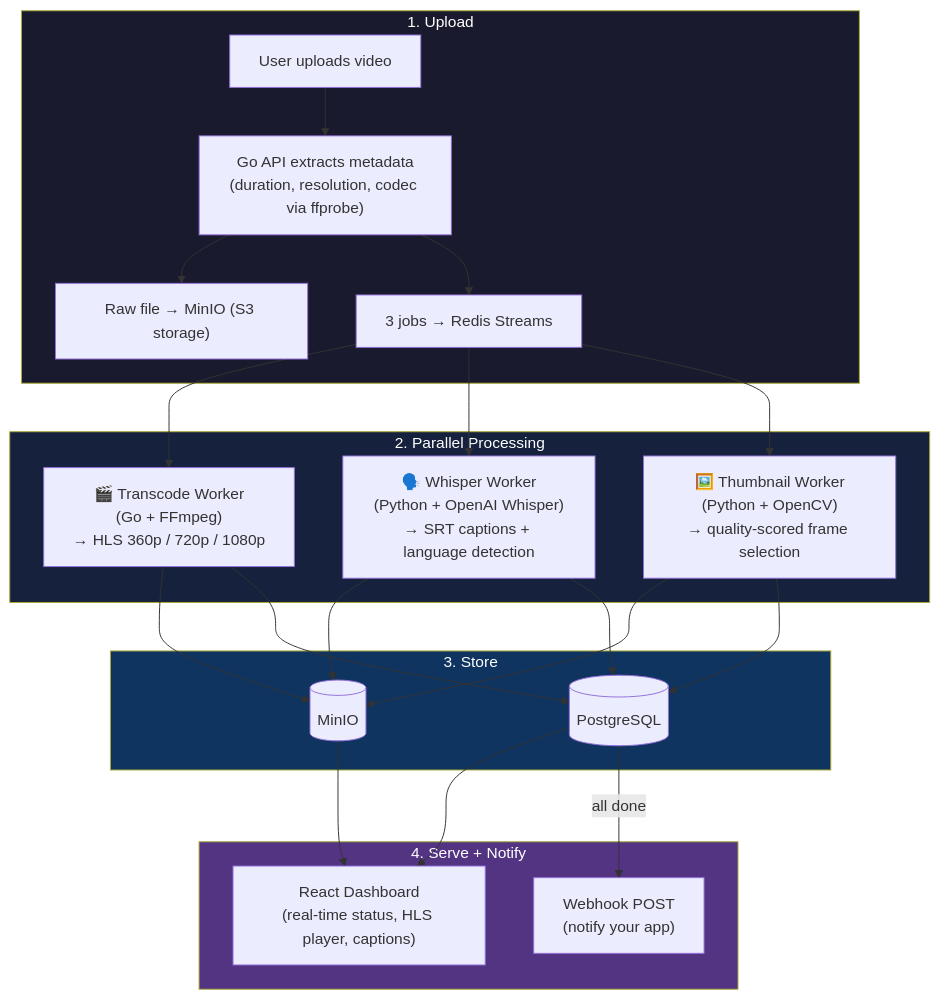
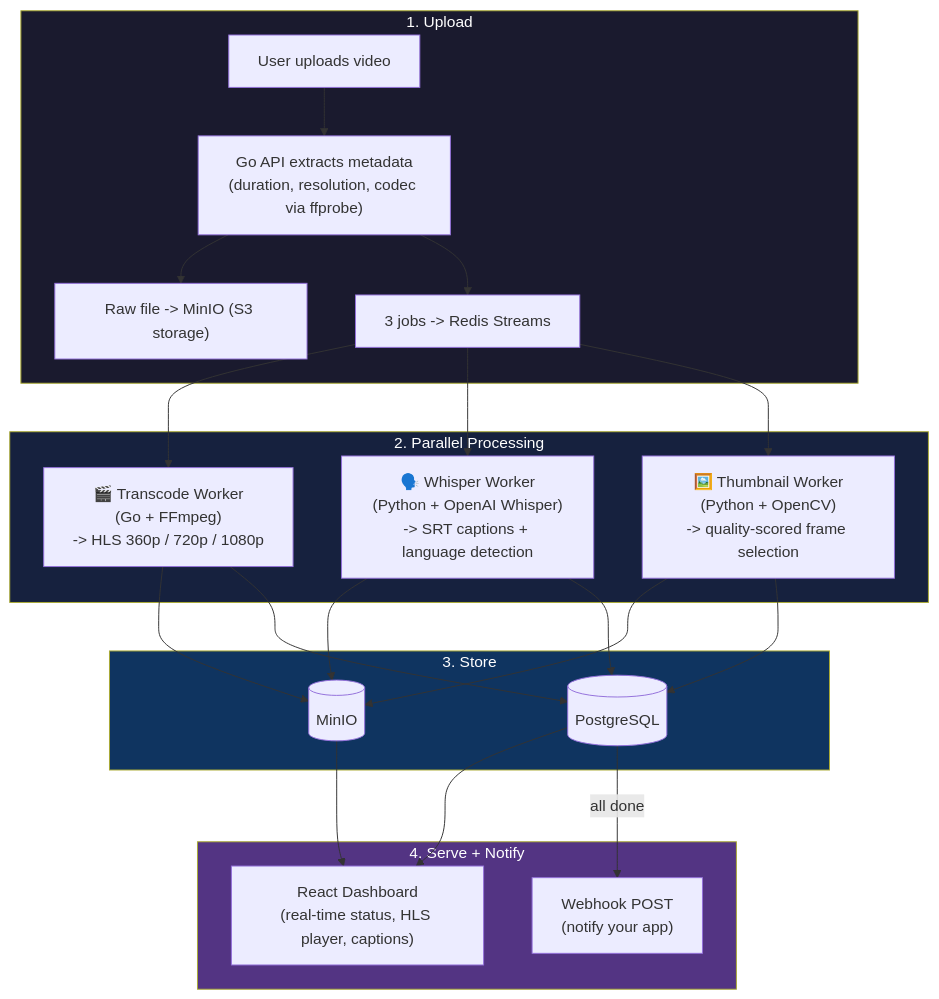
The first of 2 diagrams in README.md (Nixxx19/vidpipe), drawn with Mermaid before and after one commit. The commit also changed other lines of this file, not shown here.

````diff
--- a/README.md
+++ b/README.md
@@ -21,34 +21,34 @@
 ```mermaid
 flowchart TB
     subgraph upload["1. Upload"]
         A["User uploads video"] --> B["Go API extracts metadata<br/>(duration, resolution, codec via ffprobe)"]
-        B --> C["Raw file → MinIO (S3 storage)"]
-        B --> D["3 jobs → Redis Streams"]
+        B --> C["Raw file -> MinIO (S3 storage)"]
+        B --> D["3 jobs -> Redis Streams"]
     end
 
     subgraph processing["2. Parallel Processing"]
-        D --> E["🎬 Transcode Worker<br/>(Go + FFmpeg)<br/>→ HLS 360p / 720p / 1080p"]
-        D --> F["🗣️ Whisper Worker<br/>(Python + OpenAI Whisper)<br/>→ SRT captions + language detection"]
-        D --> G["🖼️ Thumbnail Worker<br/>(Python + OpenCV)<br/>→ quality-scored frame selection"]
+        D --> E["🎬 Transcode Worker<br/>(Go + FFmpeg)<br/>-> HLS 360p / 720p / 1080p"]
+        D --> F["🗣️ Whisper Worker<br/>(Python + OpenAI Whisper)<br/>-> SRT captions + language detection"]
+        D --> G["🖼️ Thumbnail Worker<br/>(Python + OpenCV)<br/>-> quality-scored frame selection"]
     end
 
     subgraph results["3. Store"]
         E --> H[(MinIO)]
         F --> H
         G --> H
         E --> I[(PostgreSQL)]
         F --> I
         G --> I
     end
 
     subgraph serve["4. Serve + Notify"]
         I --> J["React Dashboard<br/>(real-time status, HLS player, captions)"]
         H --> J
         I -->|all done| K["Webhook POST<br/>(notify your app)"]
     end
 
     style upload fill:#1a1a2e,color:#fff
     style processing fill:#16213e,color:#fff
     style results fill:#0f3460,color:#fff
     style serve fill:#533483,color:#fff
 ```
````
